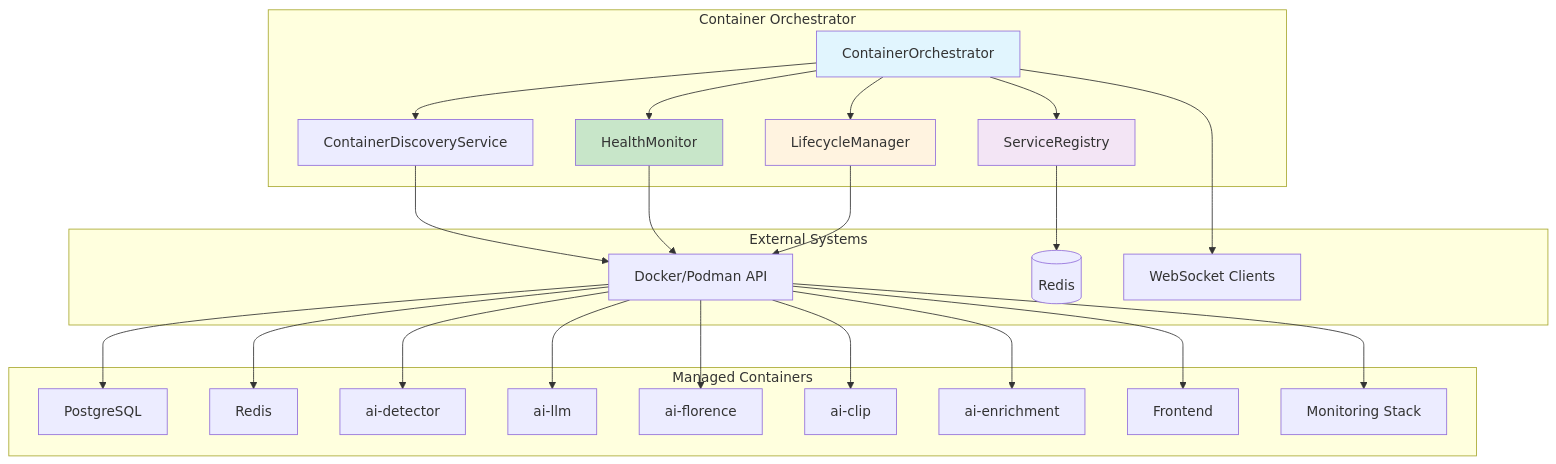
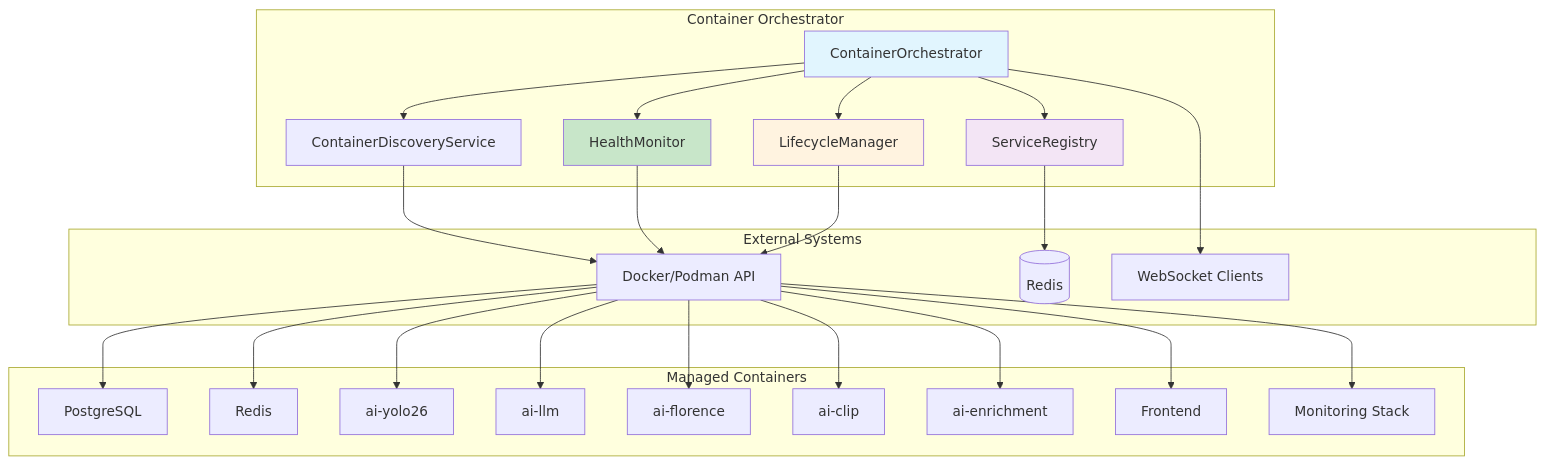
The first of 4 diagrams in docs/deployment/container-orchestration.md (mikesvoboda/nemotron-v3-home-security-intelligence), drawn with Mermaid before and after one commit. The commit also changed other lines of this file and 109 other files, not shown here.

````diff
--- a/docs/deployment/container-orchestration.md
+++ b/docs/deployment/container-orchestration.md
@@ -53,55 +53,55 @@
 ```mermaid
 flowchart TB
     subgraph Orchestrator["Container Orchestrator"]
         CO[ContainerOrchestrator]
         DS[ContainerDiscoveryService]
         HM[HealthMonitor]
         LM[LifecycleManager]
         SR[ServiceRegistry]
     end
 
     subgraph External["External Systems"]
         DC[Docker/Podman API]
         RD[(Redis)]
         WS[WebSocket Clients]
     end
 
     subgraph Containers["Managed Containers"]
         PG[PostgreSQL]
         RS[Redis]
-        AI1[ai-detector]
+        AI1[ai-yolo26]
         AI2[ai-llm]
         AI3[ai-florence]
         AI4[ai-clip]
         AI5[ai-enrichment]
         FE[Frontend]
         MON[Monitoring Stack]
     end
 
     CO --> DS
     CO --> HM
     CO --> LM
     CO --> SR
 
     DS --> DC
     HM --> DC
     LM --> DC
     SR --> RD
 
     CO --> WS
 
     DC --> PG
     DC --> RS
     DC --> AI1
     DC --> AI2
     DC --> AI3
     DC --> AI4
     DC --> AI5
     DC --> FE
     DC --> MON
 
     style CO fill:#e1f5fe
     style HM fill:#c8e6c9
     style LM fill:#fff3e0
     style SR fill:#f3e5f5
 ```
````
